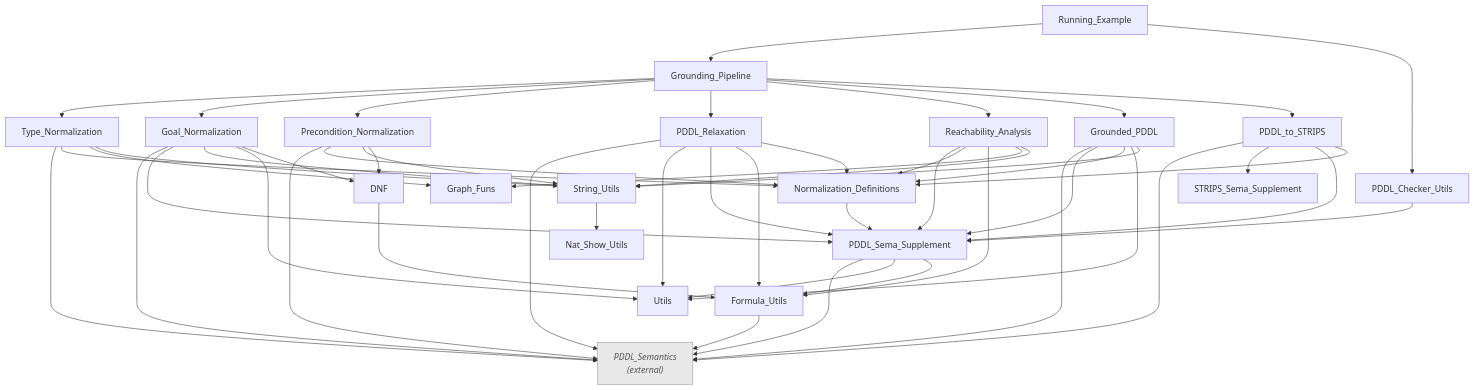
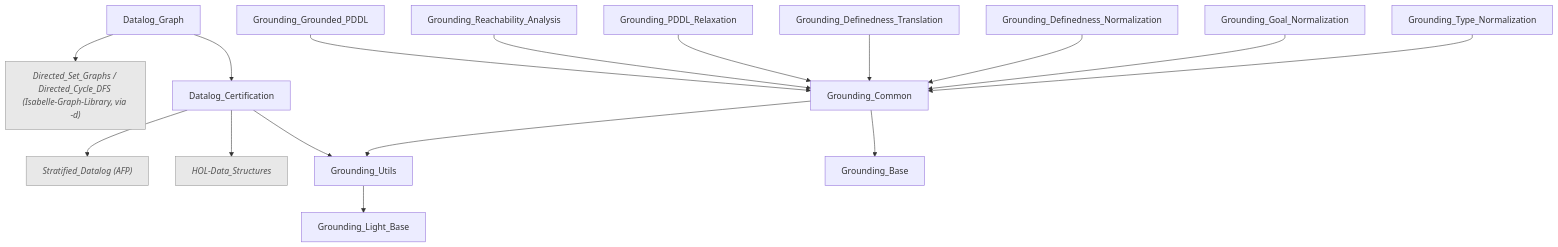
Before and after one commit to david-wang-0/Isabelle-PDDL-Grounding: the second of 3 diagrams in Documentation/dependencies.md, drawn with Mermaid. The commit also changed other lines of this file and 7 other files, not shown here.

First line of the commit message:
docs: retire completed plans, refresh the stale architecture/README claims

````diff
--- a/Documentation/dependencies.md
+++ b/Documentation/dependencies.md
@@ -3,71 +41,26 @@
 ```mermaid
 flowchart TD
-    PDDL_Semantics["PDDL_Semantics\n(external)"]:::external
+    SD["Stratified_Datalog (AFP)"]:::external
+    DS["HOL-Data_Structures"]:::external
+    GL["Directed_Set_Graphs / Directed_Cycle_DFS (Isabelle-Graph-Library, via -d)"]:::external
 
-    Running_Example --> Grounding_Pipeline
-    Running_Example --> PDDL_Checker_Utils
+    Grounding_Utils --> Grounding_Light_Base
+    Grounding_Common --> Grounding_Base
+    Grounding_Common --> Grounding_Utils
 
-    Grounding_Pipeline --> Type_Normalization
-    Grounding_Pipeline --> Goal_Normalization
-    Grounding_Pipeline --> Precondition_Normalization
-    Grounding_Pipeline --> PDDL_Relaxation
-    Grounding_Pipeline --> Reachability_Analysis
-    Grounding_Pipeline --> Grounded_PDDL
-    Grounding_Pipeline --> PDDL_to_STRIPS
+    Datalog_Certification --> Grounding_Utils
+    Datalog_Certification --> SD
+    Datalog_Certification --> DS
+    Datalog_Graph --> Datalog_Certification
+    Datalog_Graph --> GL
 
-    PDDL_Checker_Utils --> PDDL_Sema_Supplement
-
-    Type_Normalization --> PDDL_Semantics
-    Type_Normalization --> Normalization_Definitions
-    Type_Normalization --> Graph_Funs
-    Type_Normalization --> String_Utils
-
-    Goal_Normalization --> PDDL_Semantics
-    Goal_Normalization --> PDDL_Sema_Supplement
-    Goal_Normalization --> String_Utils
-    Goal_Normalization --> Utils
-    Goal_Normalization --> DNF
-
-    Precondition_Normalization --> PDDL_Semantics
-    Precondition_Normalization --> Normalization_Definitions
-    Precondition_Normalization --> String_Utils
-    Precondition_Normalization --> DNF
-
-    PDDL_Relaxation --> PDDL_Semantics
-    PDDL_Relaxation --> Utils
-    PDDL_Relaxation --> PDDL_Sema_Supplement
-    PDDL_Relaxation --> Formula_Utils
-    PDDL_Relaxation --> Normalization_Definitions
-
-    Reachability_Analysis --> PDDL_Sema_Supplement
-    Reachability_Analysis --> Normalization_Definitions
-    Reachability_Analysis --> Formula_Utils
-    Reachability_Analysis --> Graph_Funs
-    Reachability_Analysis --> String_Utils
-
-    Grounded_PDDL --> PDDL_Semantics
-    Grounded_PDDL --> PDDL_Sema_Supplement
-    Grounded_PDDL --> Normalization_Definitions
-    Grounded_PDDL --> Utils
-    Grounded_PDDL --> String_Utils
-
-    PDDL_to_STRIPS --> PDDL_Semantics
-    PDDL_to_STRIPS --> STRIPS_Sema_Supplement
-    PDDL_to_STRIPS --> PDDL_Sema_Supplement
-    PDDL_to_STRIPS --> Normalization_Definitions
-
-    PDDL_Sema_Supplement --> PDDL_Semantics
-    PDDL_Sema_Supplement --> Utils
-    PDDL_Sema_Supplement --> Formula_Utils
-
-    Normalization_Definitions --> PDDL_Sema_Supplement
-
-    DNF --> Formula_Utils
-
-    Formula_Utils --> PDDL_Semantics
-
-    String_Utils --> Nat_Show_Utils
+    Grounding_Type_Normalization --> Grounding_Common
+    Grounding_Goal_Normalization --> Grounding_Common
+    Grounding_Definedness_Normalization --> Grounding_Common
+    Grounding_Definedness_Translation --> Grounding_Common
+    Grounding_PDDL_Relaxation --> Grounding_Common
+    Grounding_Reachability_Analysis --> Grounding_Common
+    Grounding_Grounded_PDDL --> Grounding_Common
 
     classDef external fill:#e8e8e8,stroke:#999,color:#555,font-style:italic
-    class PDDL_Semantics external
 ```
````
